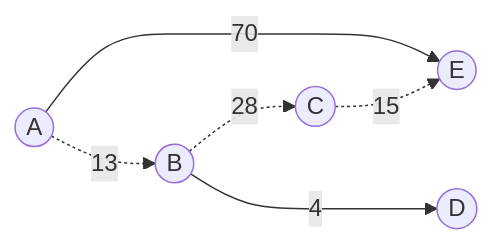
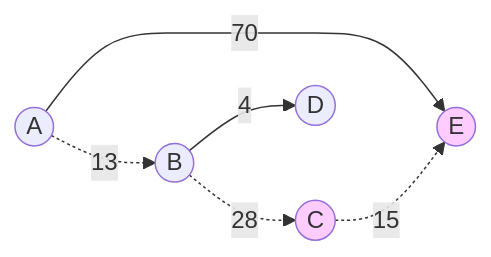
The fourth of 4 diagrams in DataStructures/Graph/SPFA最短路.md (dmjcb/SelfBlog), drawn with Mermaid before and after one commit. The commit also changed other lines of this file and 5 other files, not shown here.

````diff
--- a/DataStructures/Graph/SPFA最短路.md
+++ b/DataStructures/Graph/SPFA最短路.md
@@ -91,8 +115,18 @@
 ```mermaid
 graph LR
-    a((A))-.13.->b((B))
-    a((A))--70--->e((E))
-    b((B))-.28.->c((C))
-    b((B))--4--->d((D))
-    c((C))-.15.->e((E))
+    A((A))
+    B((B))
+    C((C))
+    D((D))
+    E((E))
+
+    A -.13-.-> B
+    A --70--> E
+    B -.28-.-> C
+    B --4--> D
+    C -.15-.-> E
+
+    C:::Style
+    E:::Style
+    classDef Style fill:#FFCCFF
 ```
````
